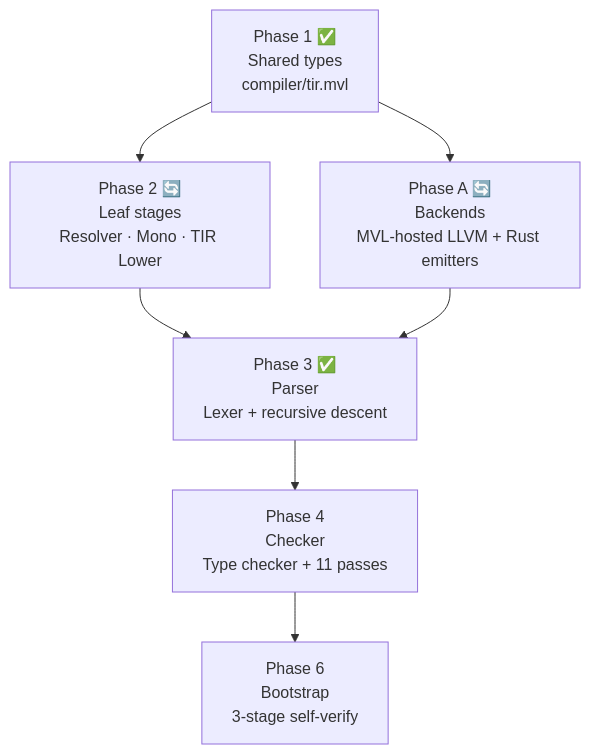
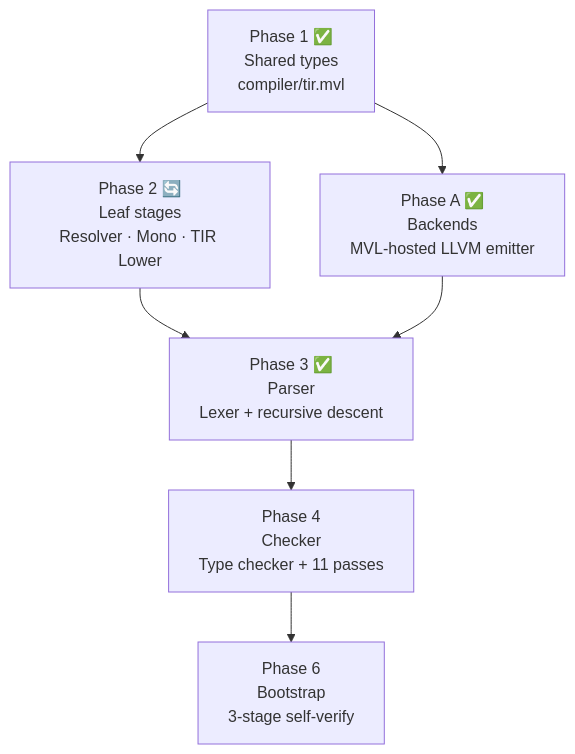
One commit to mvl-lang/mvl-lang.github.io changed the diagram in docs/docs/bootstrapping.md. Above: the diagram before and after it, drawn with Mermaid. The commit also changed other lines of this file, not shown here.

First line of the commit message:
fix(docs): correct phase A and Stage 2 status

````diff
--- a/docs/docs/bootstrapping.md
+++ b/docs/docs/bootstrapping.md
@@ -143,12 +153,12 @@
 ```mermaid
 graph TD
     A["Phase 1 ✅<br/>Shared types<br/>compiler/tir.mvl"] --> B
     A --> C
     B["Phase 2 🔄<br/>Leaf stages<br/>Resolver · Mono · TIR Lower"]
-    C["Phase A 🔄<br/>Backends<br/>MVL-hosted LLVM + Rust emitters"]
+    C["Phase A ✅<br/>Backends<br/>MVL-hosted LLVM emitter"]
     B --> D
     C --> D
     D["Phase 3 ✅<br/>Parser<br/>Lexer + recursive descent"]
     D --> E["Phase 4<br/>Checker<br/>Type checker + 11 passes"]
     E --> F["Phase 6<br/>Bootstrap<br/>3-stage self-verify"]
 ```
````
